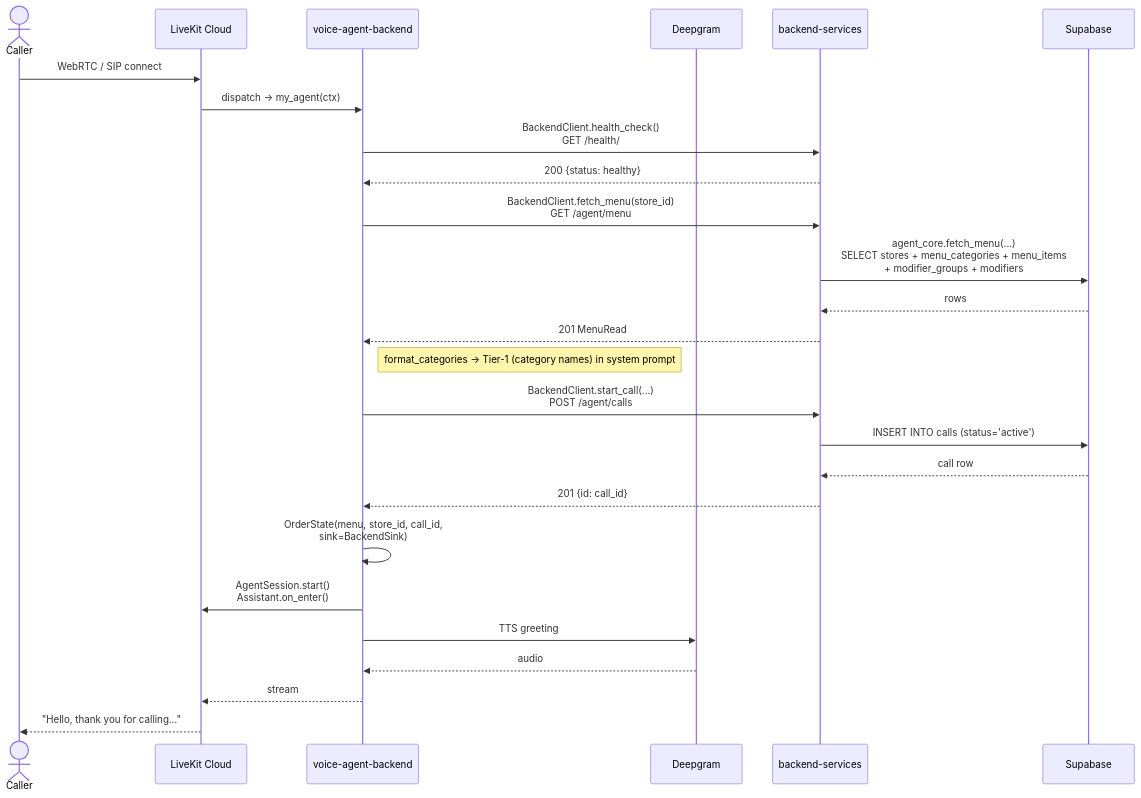
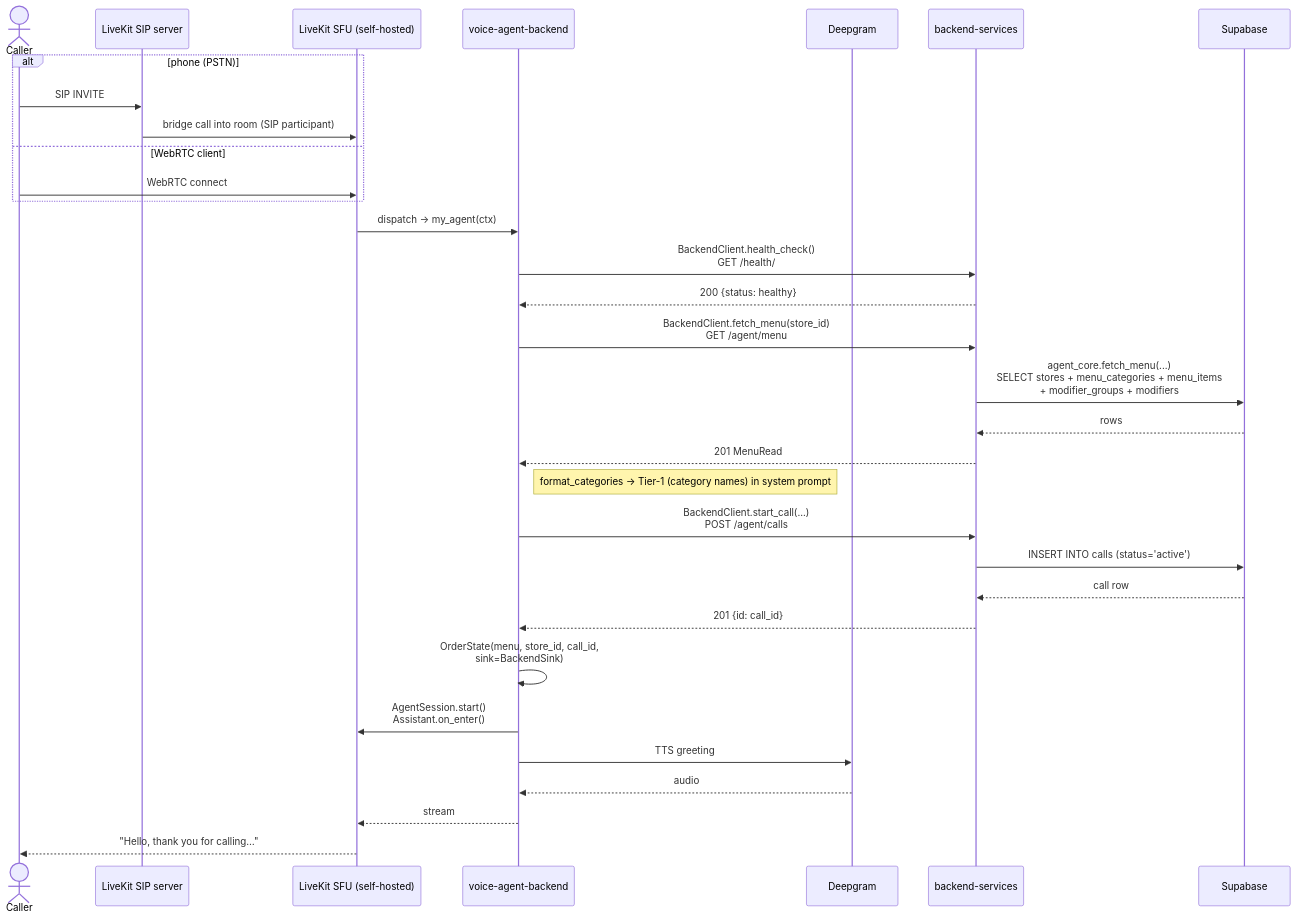
Before and after one commit to voco-dine/org-wiki: the second of 10 diagrams in docs/system-specification/sequence.md, drawn with Mermaid. The commit also changed other lines of this file, not shown here.

First line of the commit message:
docs(sequence): self-hosted LiveKit SIP + SFU at call entry points

````diff
--- a/docs/system-specification/sequence.md
+++ b/docs/system-specification/sequence.md
@@ -42,33 +43,39 @@
 ```mermaid
 sequenceDiagram
     actor Caller
-    participant LK as LiveKit Cloud
+    participant SIP as LiveKit SIP server
+    participant LK as LiveKit SFU (self-hosted)
     participant VA as voice-agent-backend
     participant CT as Deepgram
     participant BS as backend-services
     participant DB as Supabase
 
-    Caller->>LK: WebRTC / SIP connect
+    alt phone (PSTN)
+        Caller->>SIP: SIP INVITE
+        SIP->>LK: bridge call into room (SIP participant)
+    else WebRTC client
+        Caller->>LK: WebRTC connect
+    end
     LK->>VA: dispatch → my_agent(ctx)
 
     VA->>BS: BackendClient.health_check()<br/>GET /health/
     BS-->>VA: 200 {status: healthy}
 
     VA->>BS: BackendClient.fetch_menu(store_id)<br/>GET /agent/menu
     BS->>DB: agent_core.fetch_menu(...)<br/>SELECT stores + menu_categories + menu_items<br/>+ modifier_groups + modifiers
     DB-->>BS: rows
     BS-->>VA: 201 MenuRead
     Note right of VA: format_categories → Tier-1 (category names) in system prompt
 
     VA->>BS: BackendClient.start_call(...)<br/>POST /agent/calls
     BS->>DB: INSERT INTO calls (status='active')
     DB-->>BS: call row
     BS-->>VA: 201 {id: call_id}
 
     VA->>VA: OrderState(menu, store_id, call_id,<br/>sink=BackendSink)
     VA->>LK: AgentSession.start()<br/>Assistant.on_enter()
     VA->>CT: TTS greeting
     CT-->>VA: audio
     VA-->>LK: stream
     LK-->>Caller: "Hello, thank you for calling…"
 ```
````
